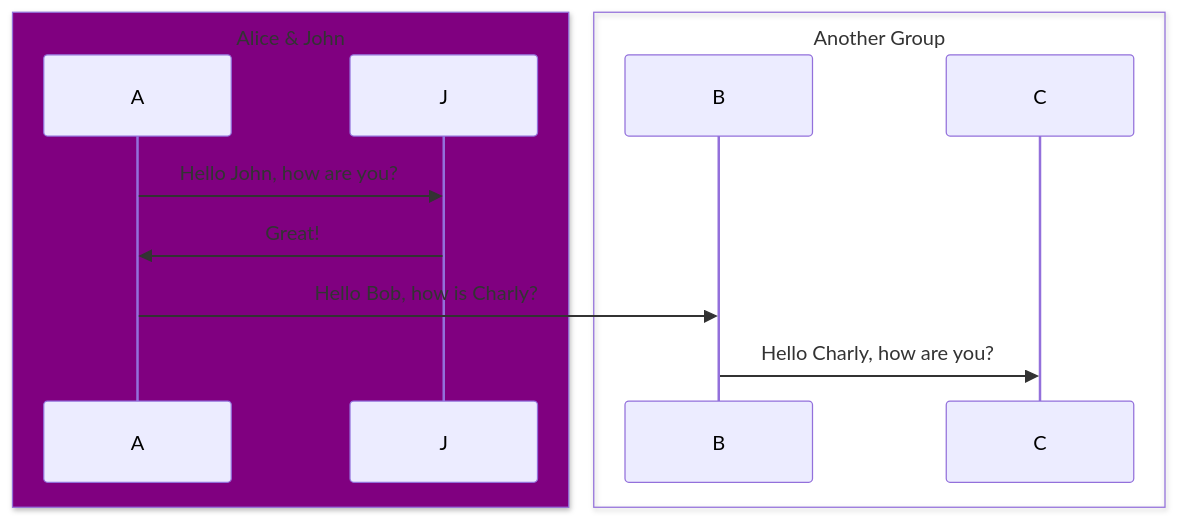
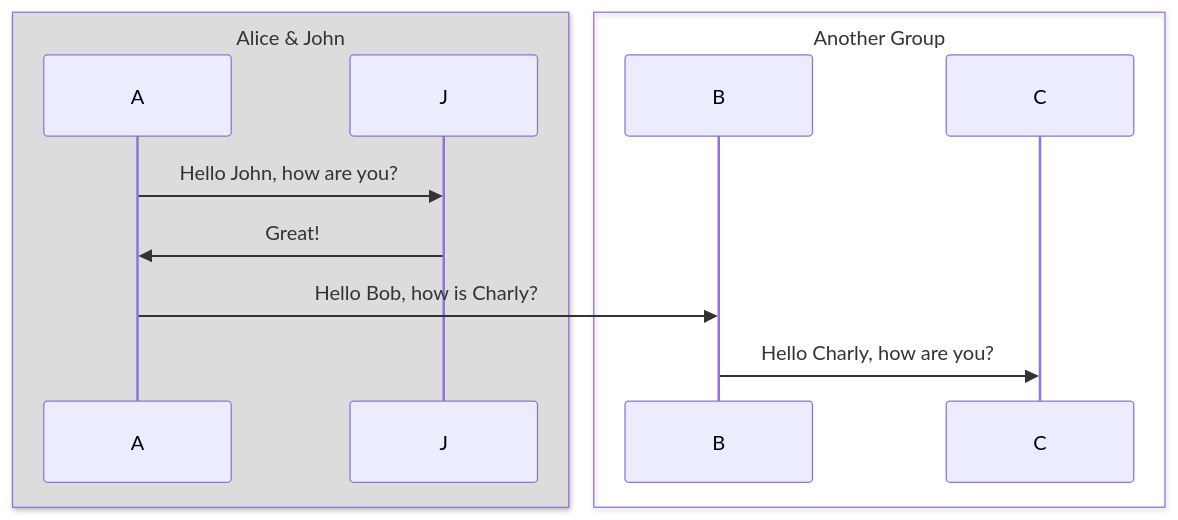
One commit to rnusser/bitsandbobs changed the second of 2 diagrams in README.md. Above: the diagram before and after it, drawn with Mermaid.

Commit message:
test grouping in mermaid with box

````diff
--- a/README.md
+++ b/README.md
@@ -27,15 +27,15 @@
 ```mermaid
 sequenceDiagram
-    box Purple Alice & John
+    box Gainsboro Alice & John
     participant A
     participant J
     end
     box Another Group
     participant B
     participant C
     end
     A->>J: Hello John, how are you?
     J->>A: Great!
     A->>B: Hello Bob, how is Charly?
     B->>C: Hello Charly, how are you?
 ```
````
